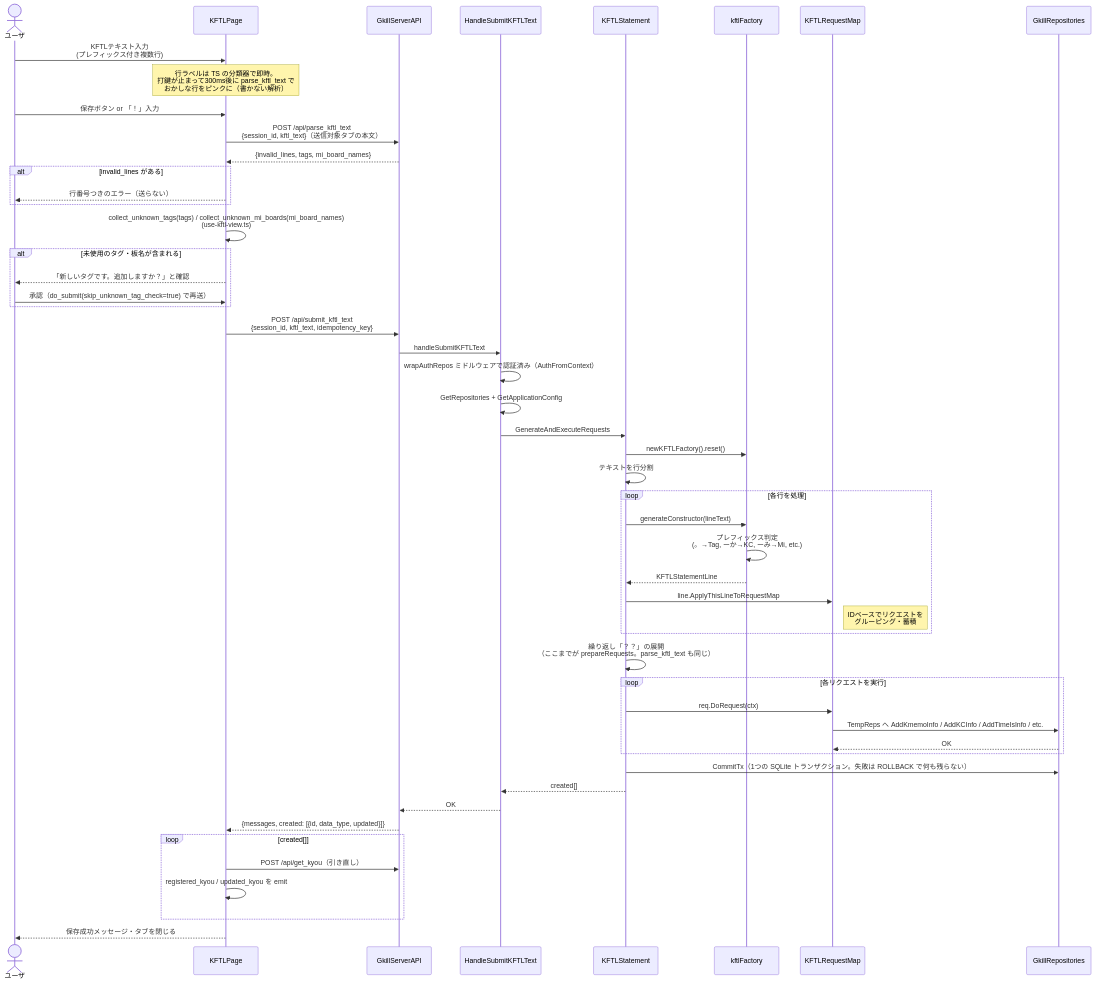
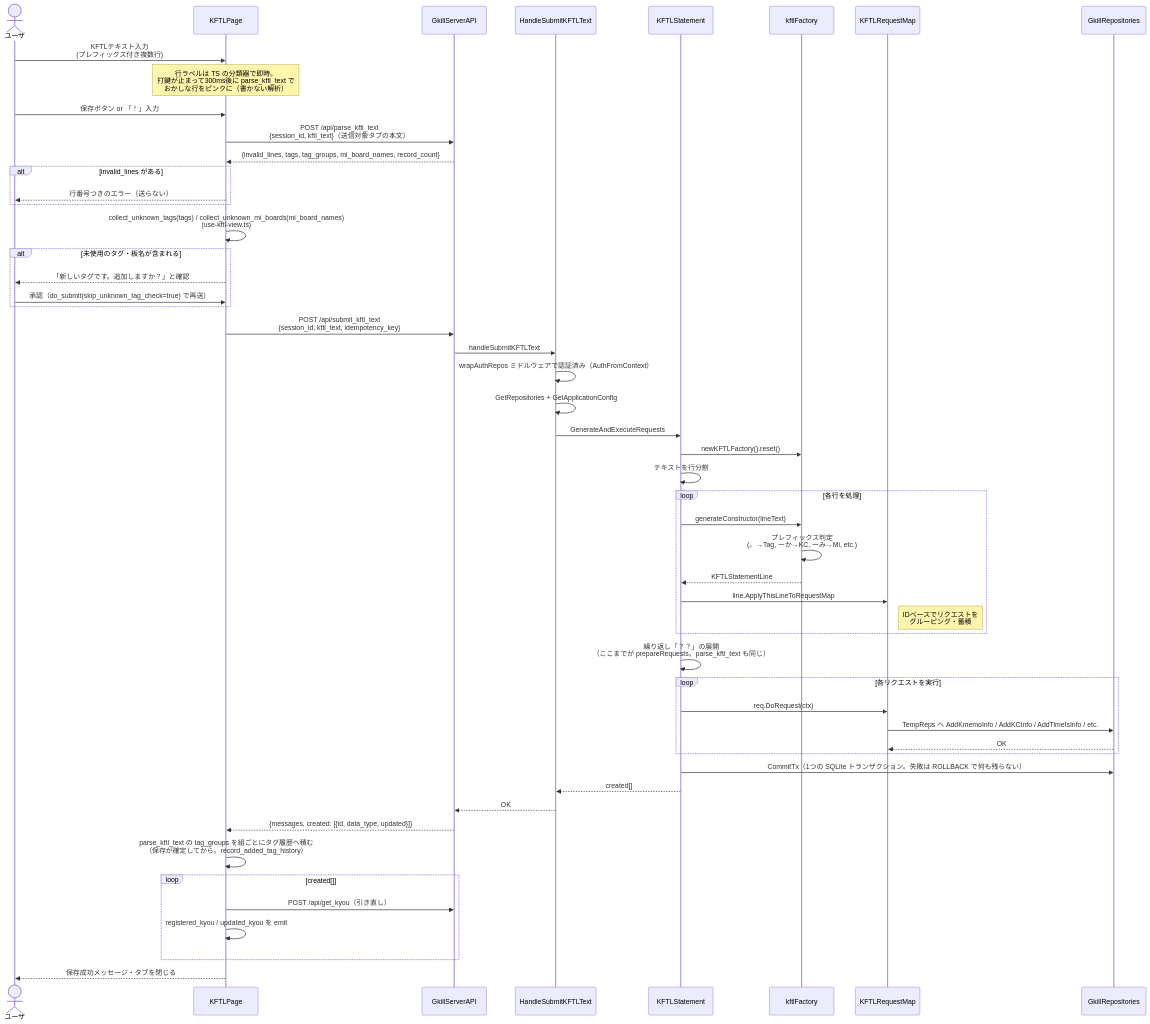
One commit to mt3hr/gkill changed the eighth of 29 diagrams in documents/reverse/sequence-diagrams.md. Above: the diagram before and after it, drawn with Mermaid. The commit also changed other lines of this file and 38 other files, not shown here.

````diff
--- a/documents/reverse/sequence-diagrams.md
+++ b/documents/reverse/sequence-diagrams.md
@@ -291,54 +291,55 @@
 ```mermaid
 sequenceDiagram
     actor User as ユーザ
     participant UI as KFTLPage
     participant API as GkillServerAPI
     participant Handler as HandleSubmitKFTLText
     participant Stmt as KFTLStatement
     participant Factory as kftlFactory
     participant ReqMap as KFTLRequestMap
     participant Repos as GkillRepositories
 
     User->>UI: KFTLテキスト入力<br>(プレフィックス付き複数行)
     Note over UI: 行ラベルは TS の分類器で即時。<br>打鍵が止まって300ms後に parse_kftl_text で<br>おかしな行をピンクに（書かない解析）
     User->>UI: 保存ボタン or 「！」入力
     UI->>API: POST /api/parse_kftl_text<br>{session_id, kftl_text}（送信対象タブの本文）
-    API-->>UI: {invalid_lines, tags, mi_board_names}
+    API-->>UI: {invalid_lines, tags, tag_groups, mi_board_names, record_count}
     alt invalid_lines がある
         UI-->>User: 行番号つきのエラー（送らない）
     end
     UI->>UI: collect_unknown_tags(tags) / collect_unknown_mi_boards(mi_board_names)<br>(use-kftl-view.ts)
     alt 未使用のタグ・板名が含まれる
         UI-->>User: 「新しいタグです。追加しますか？」と確認
         User->>UI: 承認（do_submit(skip_unknown_tag_check=true) で再送）
     end
     UI->>API: POST /api/submit_kftl_text<br>{session_id, kftl_text, idempotency_key}
     API->>Handler: handleSubmitKFTLText
     Handler->>Handler: wrapAuthRepos ミドルウェアで認証済み（AuthFromContext）
     Handler->>Handler: GetRepositories + GetApplicationConfig
     Handler->>Stmt: GenerateAndExecuteRequests
     Stmt->>Factory: newKFTLFactory().reset()
     Stmt->>Stmt: テキストを行分割
     loop 各行を処理
         Stmt->>Factory: generateConstructor(lineText)
         Factory->>Factory: プレフィックス判定<br>(。→Tag, ーか→KC, ーみ→Mi, etc.)
         Factory-->>Stmt: KFTLStatementLine
         Stmt->>ReqMap: line.ApplyThisLineToRequestMap
         Note right of ReqMap: IDベースでリクエストを<br>グルーピング・蓄積
     end
     Stmt->>Stmt: 繰り返し「？？」の展開<br>（ここまでが prepareRequests。parse_kftl_text も同じ）
     loop 各リクエストを実行
         Stmt->>ReqMap: req.DoRequest(ctx)
         ReqMap->>Repos: TempReps へ AddKmemoInfo / AddKCInfo / AddTimeIsInfo / etc.
         Repos-->>ReqMap: OK
     end
     Stmt->>Repos: CommitTx（1つの SQLite トランザクション。失敗は ROLLBACK で何も残らない）
     Stmt-->>Handler: created[]
     Handler-->>API: OK
     API-->>UI: {messages, created: [{id, data_type, updated}]}
+    UI->>UI: parse_kftl_text の tag_groups を組ごとにタグ履歴へ積む<br>（保存が確定してから。record_added_tag_history）
     loop created[]
         UI->>API: POST /api/get_kyou（引き直し）
         UI->>UI: registered_kyou / updated_kyou を emit
     end
     UI-->>User: 保存成功メッセージ・タブを閉じる
 ```
````
